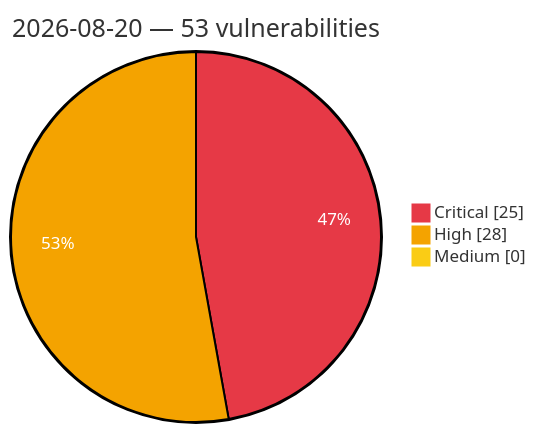
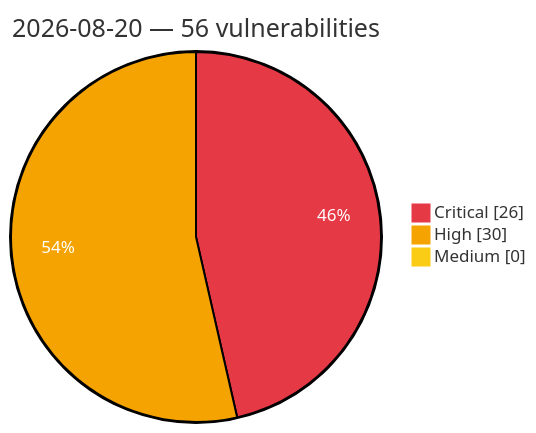
Before and after one commit to GhostX0X/vuln-tracker: the diagram in vulnerabilities/2026/August/2026-08-20.md, drawn with Mermaid. The commit also changed other lines of this file and 5 other files, not shown here.

Commit message:
Auto update: critical/high vulns (2026-08-20 17:06 UTC)

````diff
--- a/vulnerabilities/2026/August/2026-08-20.md
+++ b/vulnerabilities/2026/August/2026-08-20.md
@@ -3,8 +3,8 @@
 ```mermaid
 %%{init: {'theme':'base', 'themeVariables': {'pie1':'#e63946', 'pie2':'#f4a300', 'pie3':'#facc15', 'pieOpacity':'1', 'pieOuterStrokeWidth':'2px', 'pieSectionTextColor':'#ffffff'}}}%%
 pie showData
-    title 2026-08-20 — 53 vulnerabilities
-    "Critical" : 25
-    "High" : 28
+    title 2026-08-20 — 56 vulnerabilities
+    "Critical" : 26
+    "High" : 30
     "Medium" : 0
 ```
````
